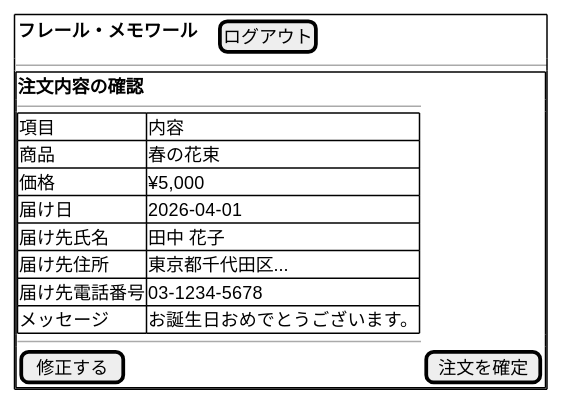
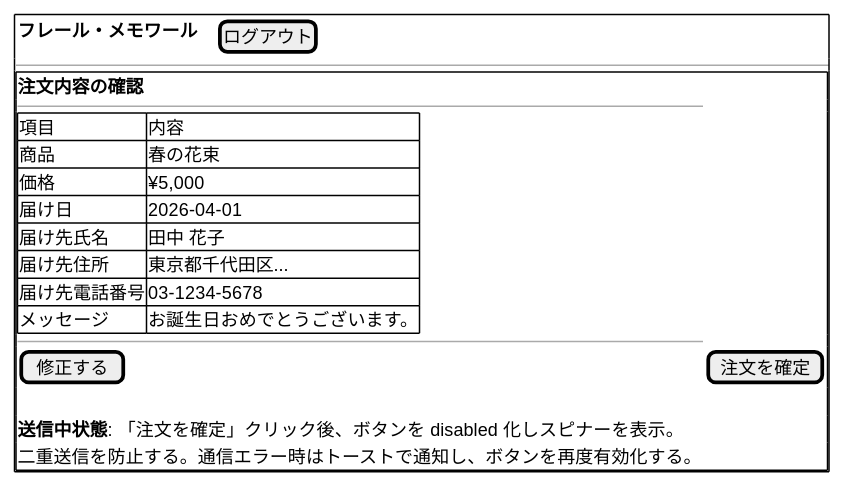
The tenth of 25 diagrams in docs/design/ui-design.md (k2works/case-study-sdd-development), drawn with PlantUML before and after one commit. The commit also changed other lines of this file, not shown here.

````diff
--- a/docs/design/ui-design.md
+++ b/docs/design/ui-design.md
@@ -343,26 +399,29 @@
 ```plantuml
 @startsalt
 {+
   {
     <b>フレール・メモワール | . | . | [ログアウト]
   }
   ---
   {+
     <b>注文内容の確認
     ---
     {#
       項目 | 内容
       商品 | 春の花束
       価格 | ¥5,000
       届け日 | 2026-04-01
       届け先氏名 | 田中 花子
       届け先住所 | 東京都千代田区...
       届け先電話番号 | 03-1234-5678
       メッセージ | お誕生日おめでとうございます。
     }
     ---
     [  修正する  ] | [  注文を確定  ]
+    .
+    **送信中状態**: 「注文を確定」クリック後、ボタンを disabled 化しスピナーを表示。
+    二重送信を防止する。通信エラー時はトーストで通知し、ボタンを再度有効化する。
   }
 }
 @endsalt
 ```
````
